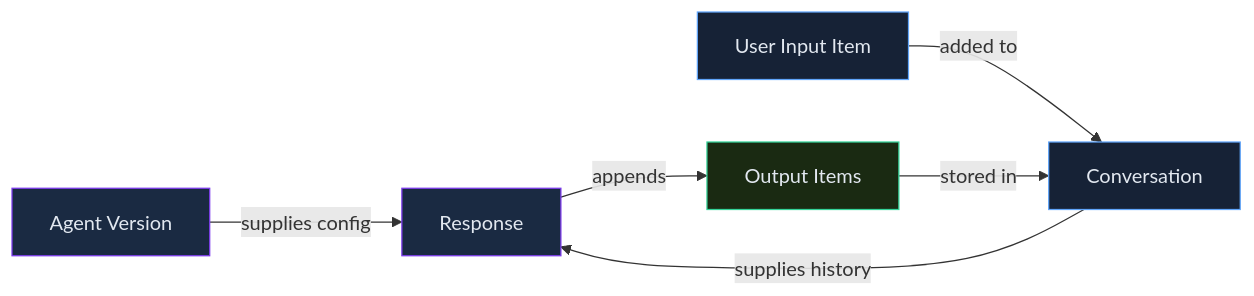
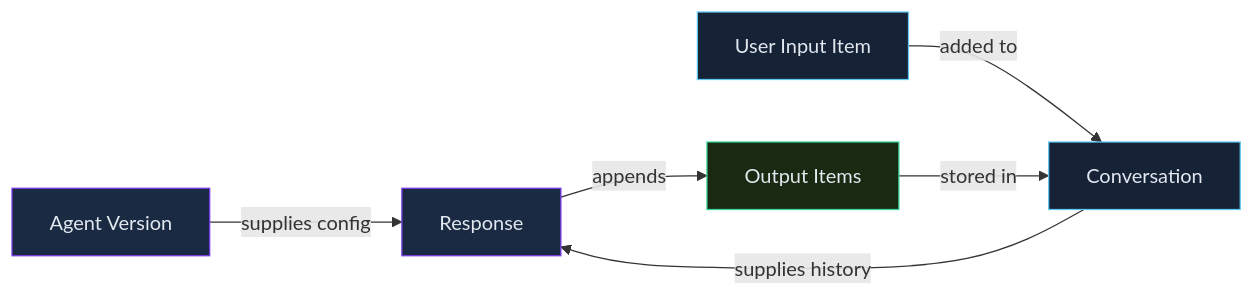
One commit to ajeetchouksey/ajch_skillup changed the diagram in scripts/diagrams/mermaid/azure-ai-foundry/azure-ai-foundry-m2-l1-agent-fundamentals-tools-m1.mmd. Above: the diagram before and after it, drawn with Mermaid. The commit also changed 152 other files, not shown here.

First line of the commit message:
feat(diagrams): use the SkillUp colour code for diagram colours (#31)

```diff
--- a/scripts/diagrams/mermaid/azure-ai-foundry/azure-ai-foundry-m2-l1-agent-fundamentals-tools-m1.mmd
+++ b/scripts/diagrams/mermaid/azure-ai-foundry/azure-ai-foundry-m2-l1-agent-fundamentals-tools-m1.mmd
@@ -1,12 +1,12 @@
 flowchart LR
   AG[Agent Version] -->|supplies config| R[Response]
   CV[Conversation] -->|supplies history| R
   U[User Input Item] -->|added to| CV
   R -->|appends| OI[Output Items]
   OI -->|stored in| CV
   classDef control fill:#1a2a42,stroke:#7c3aed,color:#e2e8f0
-  classDef data fill:#162236,stroke:#60a5fa,color:#e2e8f0
+  classDef data fill:#162236,stroke:#5ec8f2,color:#e2e8f0
   classDef output fill:#1a2a12,stroke:#34d399,color:#e2e8f0
   class AG,R control
   class CV,U data
   class OI output
```
